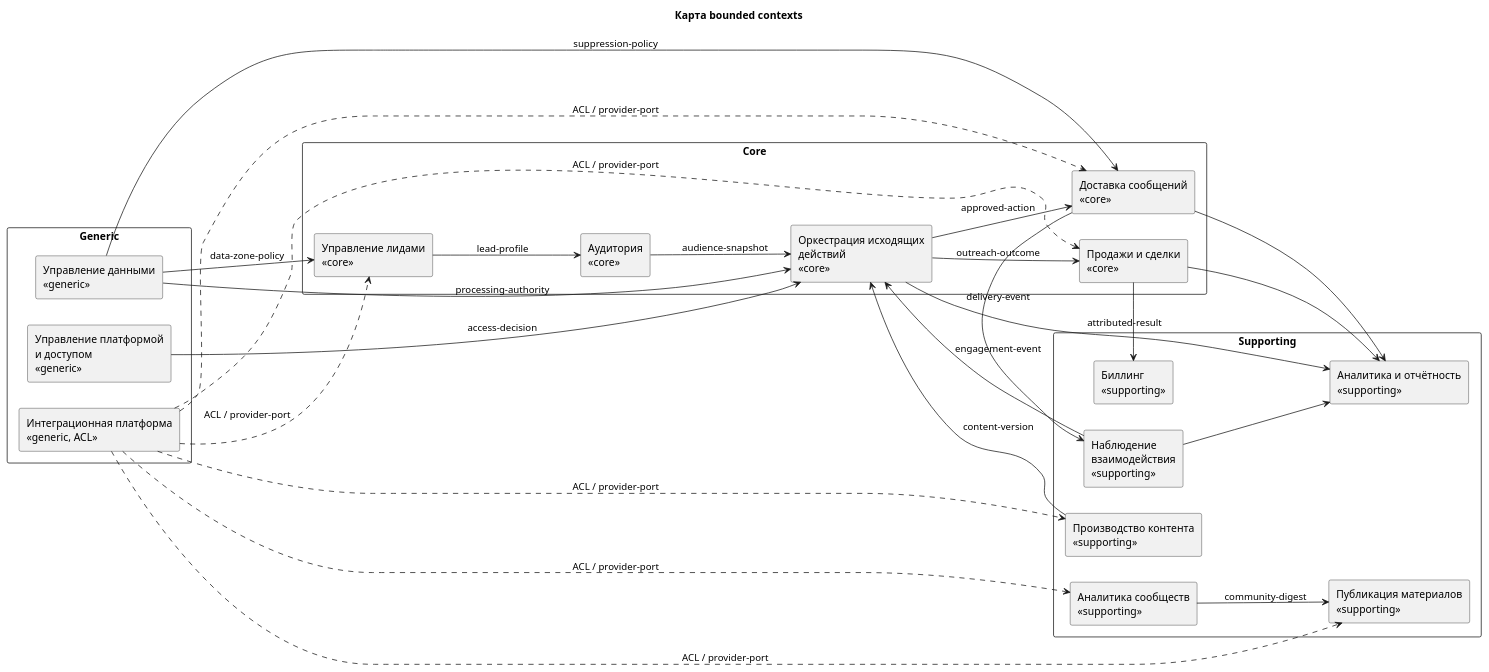
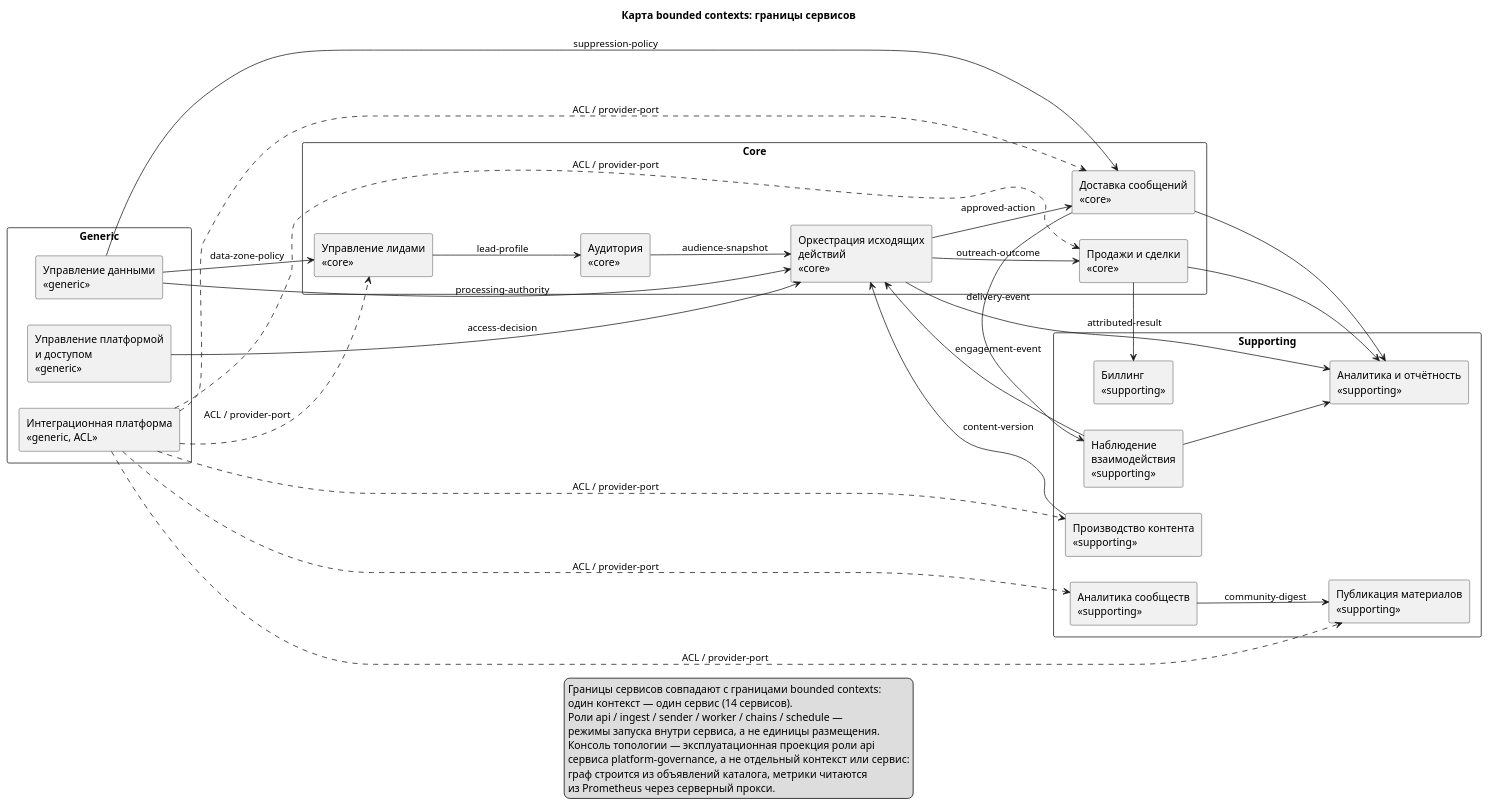
One commit to kegazani/lead-gen changed the diagram in architecture/diagrams/bounded-context-map.puml. Above: the diagram before and after it, drawn with PlantUML. The commit also changed 6 other files, not shown here.

```diff
--- a/architecture/diagrams/bounded-context-map.puml
+++ b/architecture/diagrams/bounded-context-map.puml
@@ -1,67 +1,78 @@
 @startuml bounded-context-map
-title Карта bounded contexts
+title Карта bounded contexts: границы сервисов
 left to right direction
 skinparam componentStyle rectangle
 skinparam packageStyle rectangle
 skinparam shadowing false
 
 package "Generic" {
   rectangle "Управление платформой\nи доступом\n<<generic>>" as Platform
   rectangle "Управление данными\n<<generic>>" as Governance
   rectangle "Интеграционная платформа\n<<generic, ACL>>" as Integration
 }
 package "Core" {
   rectangle "Управление лидами\n<<core>>" as Leads
   rectangle "Аудитория\n<<core>>" as Audience
   rectangle "Оркестрация исходящих\nдействий\n<<core>>" as Outreach
   rectangle "Доставка сообщений\n<<core>>" as Delivery
   rectangle "Продажи и сделки\n<<core>>" as Sales
 }
 package "Supporting" {
   rectangle "Производство контента\n<<supporting>>" as Content
   rectangle "Наблюдение\nвзаимодействия\n<<supporting>>" as Engagement
   rectangle "Аналитика сообществ\n<<supporting>>" as Community
   rectangle "Публикация материалов\n<<supporting>>" as Publishing
   rectangle "Аналитика и отчётность\n<<supporting>>" as Analytics
   rectangle "Биллинг\n<<supporting>>" as Billing
 }
 
 Governance --> Leads : data-zone-policy
 Governance --> Outreach : processing-authority
 Governance --> Delivery : suppression-policy
 Platform --> Outreach : access-decision
 Leads --> Audience : lead-profile
 Audience --> Outreach : audience-snapshot
 Content --> Outreach : content-version
 Outreach --> Delivery : approved-action
 Delivery --> Engagement : delivery-event
 Engagement --> Outreach : engagement-event
 Outreach --> Sales : outreach-outcome
 Sales --> Billing : attributed-result
 Community --> Publishing : community-digest
 Outreach --> Analytics
 Delivery --> Analytics
 Engagement --> Analytics
 Sales --> Analytics
 Integration ..> Leads : ACL / provider-port
 Integration ..> Content : ACL / provider-port
 Integration ..> Delivery : ACL / provider-port
 Integration ..> Sales : ACL / provider-port
 Integration ..> Community : ACL / provider-port
 Integration ..> Publishing : ACL / provider-port
 
+legend bottom
+  Границы сервисов совпадают с границами bounded contexts:
+  один контекст — один сервис (14 сервисов).
+  Роли api / ingest / sender / worker / chains / schedule —
+  режимы запуска внутри сервиса, а не единицы размещения.
+  Консоль топологии — эксплуатационная проекция роли api
+  сервиса platform-governance, а не отдельный контекст или сервис:
+  граф строится из объявлений каталога, метрики читаются
+  из Prometheus через серверный прокси.
+endlegend
+
 ' CTX:platform-governance
 ' CTX:data-governance
 ' CTX:lead-management
 ' CTX:audience
 ' CTX:content-production
 ' CTX:outreach-orchestration
 ' CTX:message-delivery
 ' CTX:engagement-observation
 ' CTX:sales-workflow
 ' CTX:community-intelligence
 ' CTX:publishing
 ' CTX:analytics
 ' CTX:billing
 ' CTX:integration-platform
 @enduml
```
